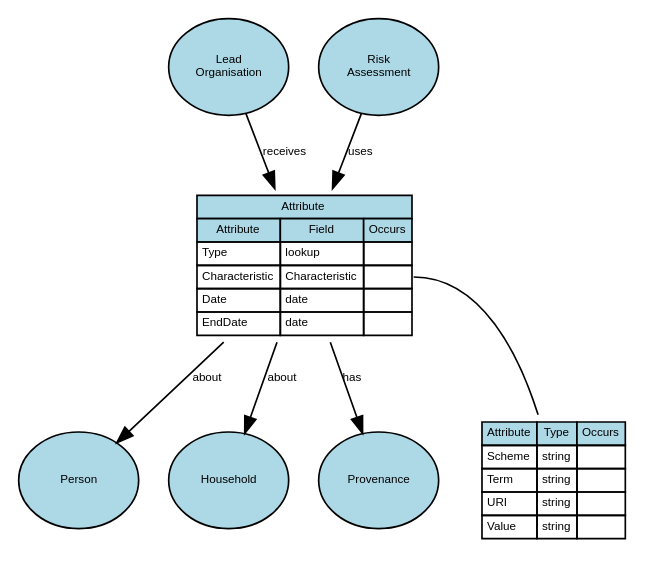
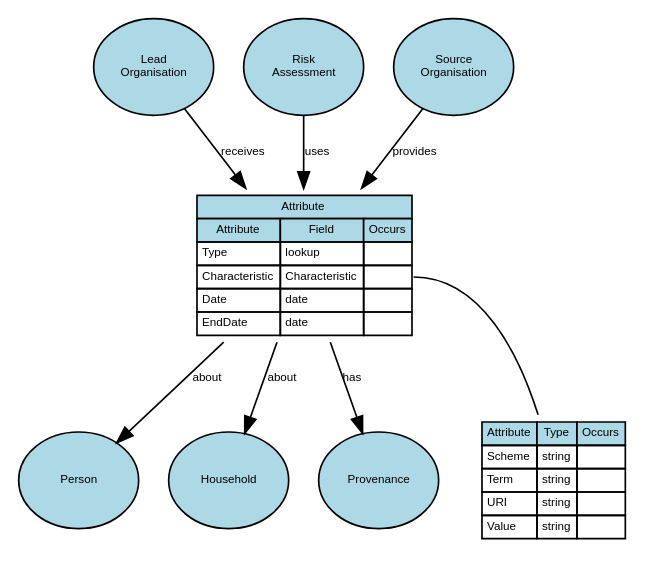
One commit to PaulDav/ModelVisual changed the diagram in graph_output/entity/Attribute.gv. Above: the diagram before and after it, drawn with Graphviz. The commit also changed 79 other files, not shown here.

```diff
--- a/graph_output/entity/Attribute.gv
+++ b/graph_output/entity/Attribute.gv
@@ -1,18 +1,20 @@
 digraph {
 	graph [overlap=false splines=true]
 	node [black=black color=black fillcolor=lightblue fontname=Arial fontsize=7]
 	edge [fontname=Arial fontsize=7 labelfontname=Arial labelfontsize=7 len=3.0]
 	table_port22 [label=<<table border='0' cellborder='1' cellspacing='0'><tr><td bgcolor='lightblue'>Attribute</td><td bgcolor='lightblue'>Type</td><td bgcolor='lightblue'>Occurs</td></tr><tr><td align='left' balign='left' valign='top'>Scheme</td><td align='left' balign='left' valign='top'>string</td><td align='left' balign='left' valign='top'></td></tr><tr><td align='left' balign='left' valign='top'>Term</td><td align='left' balign='left' valign='top'>string</td><td align='left' balign='left' valign='top'></td></tr><tr><td align='left' balign='left' valign='top'>URI</td><td align='left' balign='left' valign='top'>string</td><td align='left' balign='left' valign='top'></td></tr><tr><td align='left' balign='left' valign='top'>Value</td><td align='left' balign='left' valign='top'>string</td><td align='left' balign='left' valign='top'></td></tr></table>> shape=plaintext]
 	Attribute:22 -> table_port22 [dir=none]
 	Attribute [label=<<table border='0' cellborder='1' cellspacing='0'><tr><td colspan='3' bgcolor='lightblue'> Attribute</td></tr><tr><td bgcolor='lightblue'>Attribute</td><td bgcolor='lightblue'>Field</td><td bgcolor='lightblue'>Occurs</td></tr><tr><td align='left' balign='left' valign='top'>Type</td><td align='left' balign='left' valign='top'>lookup</td><td align='left' balign='left' valign='top'></td></tr><tr><td align='left' balign='left' valign='top'>Characteristic</td><td align='left' balign='left' valign='top'>Characteristic</td><td align='left' balign='left' valign='top' port='22'></td></tr><tr><td align='left' balign='left' valign='top'>Date</td><td align='left' balign='left' valign='top'>date</td><td align='left' balign='left' valign='top'></td></tr><tr><td align='left' balign='left' valign='top'>EndDate</td><td align='left' balign='left' valign='top'>date</td><td align='left' balign='left' valign='top'></td></tr></table>> URL="#Attribute" shape=plaintext]
 	Concept_Person [label=Person URL="#Attribute" fixedsize=true height=0.8 style=filled width=1.0]
 	Attribute -> Concept_Person [label=about]
 	Concept_Household [label=Household URL="#Attribute" fixedsize=true height=0.8 style=filled width=1.0]
 	Attribute -> Concept_Household [label=about]
 	Concept_Provenance [label=Provenance URL="#Attribute" fixedsize=true height=0.8 style=filled width=1.0]
 	Attribute -> Concept_Provenance [label=has]
 	"ConceptOf_Lead\nOrganisation" [label="Lead\nOrganisation" URL="#Attribute" fixedsize=true height=0.8 style=filled width=1.0]
 	"ConceptOf_Lead\nOrganisation" -> Attribute [label=receives]
 	"ConceptOf_Risk\nAssessment" [label="Risk\nAssessment" URL="#Attribute" fixedsize=true height=0.8 style=filled width=1.0]
 	"ConceptOf_Risk\nAssessment" -> Attribute [label=uses]
+	"ConceptOf_Source\nOrganisation" [label="Source\nOrganisation" URL="#Attribute" fixedsize=true height=0.8 style=filled width=1.0]
+	"ConceptOf_Source\nOrganisation" -> Attribute [label=provides]
 }
```
